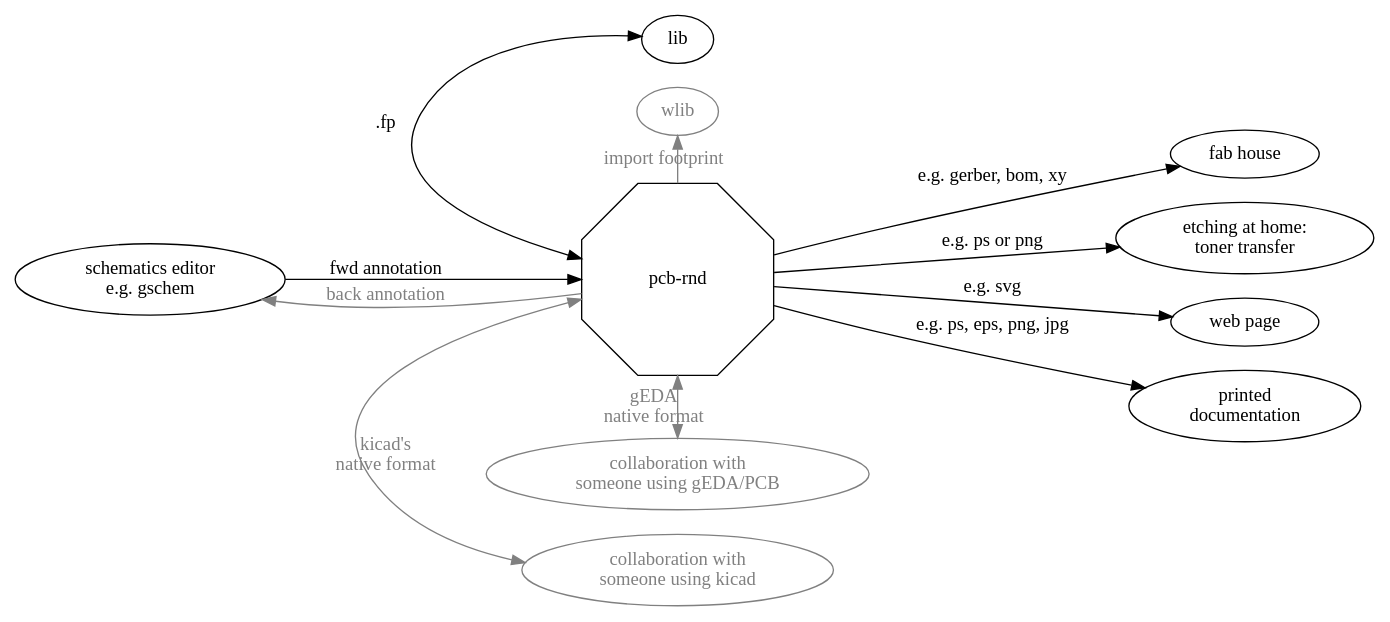
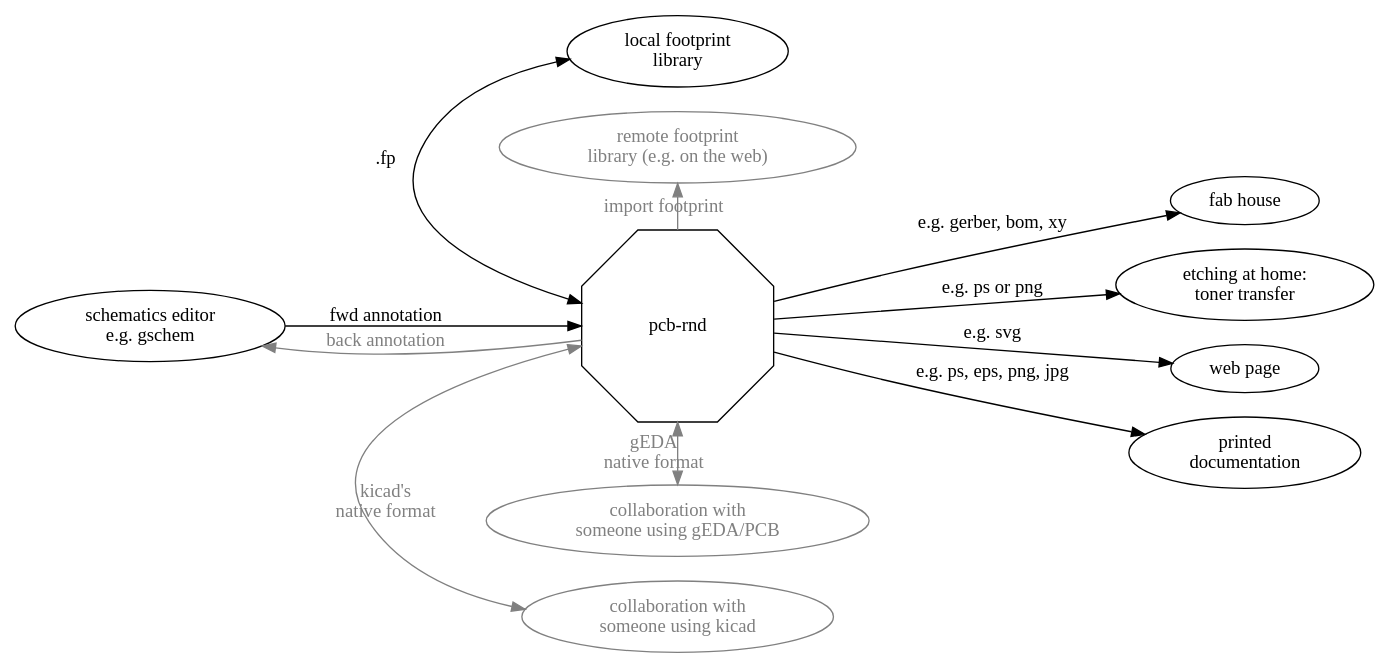
Before and after one commit to NoSuchProcess/pcb-rnd: the diagram in doc/user/01_intro/src/flow.dot, drawn with Graphviz. The commit also changed 1 other file, not shown here.

Commit message:
[doc] -Fix: flow typo: lib and wlib have verbose labels on the flow graph

```diff
--- a/doc/user/01_intro/src/flow.dot
+++ b/doc/user/01_intro/src/flow.dot
@@ -1,45 +1,45 @@
 digraph flow {
 	rankdir=LR
 
 	subgraph in {
 		rank=same
 		sch   [label="schematics editor\ne.g. gschem"]
 	}
 
 	subgraph edit {
 		rank=same
 		pcb   [label="pcb-rnd" shape=octagon width=2 height=2]
-		lib   [lable="local footprint\nlibrary"]
-		wlib  [lable="remote footprint\nlibrary (e.g. on the web)" color=grey fontcolor=grey]
+		lib   [label="local footprint\nlibrary"]
+		wlib  [label="remote footprint\nlibrary (e.g. on the web)" color=grey fontcolor=grey]
 	}
 
 
 	subgraph out {
 		rank=same
 		fab   [label="fab house"]
 		tt    [label="etching at home:\ntoner transfer"]
 		web   [label="web page"]
 		doc   [label="printed\ndocumentation"]
 	}
 
 	subgraph edit {
 		rank=same
 		kicad [label="collaboration with\nsomeone using kicad" color=grey fontcolor=grey]
 		gpcb  [label="collaboration with\nsomeone using gEDA/PCB" color=grey fontcolor=grey]
 	}
 
 
 	sch -> pcb [label="fwd annotation"]
 	pcb -> sch [label="back annotation" color=grey fontcolor=grey]
 	pcb -> fab [label="e.g. gerber, bom, xy"]
 	pcb -> tt  [label="e.g. ps or png"]
 	pcb -> web [label="e.g. svg"]
 	pcb -> doc [label="e.g. ps, eps, png, jpg"]
 
 	lib -> pcb [label=".fp" dir=both weight=1000]
 
 	wlib -> pcb [label="import footprint" dir=back color=grey fontcolor=grey]
 
 	pcb -> kicad [label="kicad's\nnative format" dir=both color=grey fontcolor=grey]
 	pcb -> gpcb  [label="gEDA\nnative format" dir=both color=grey fontcolor=grey]
 }
```
